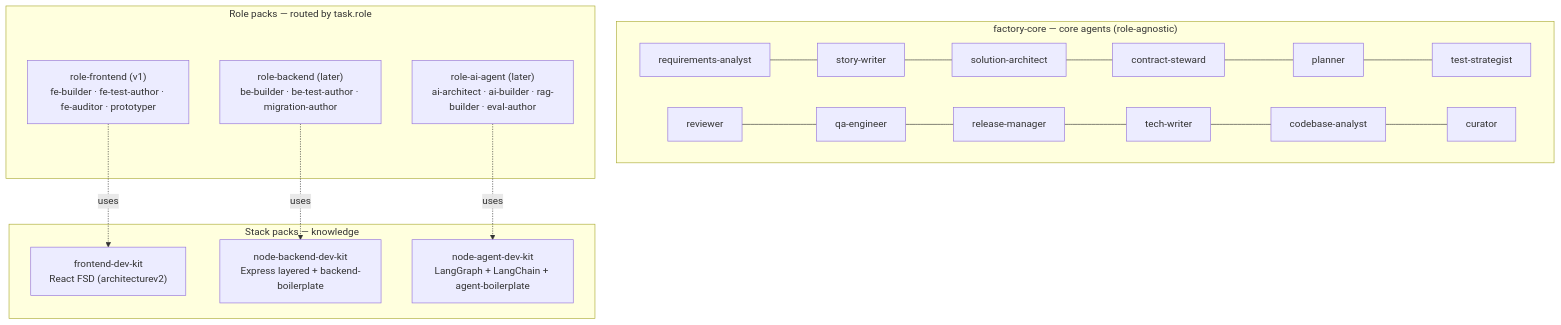
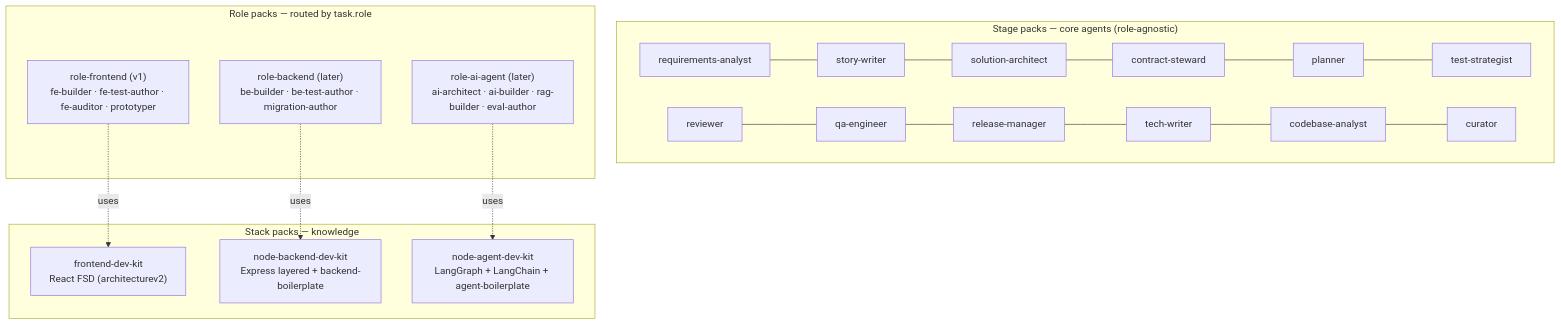
The diagram in Suggestions/05-agents-and-roles.md (Ksarelto/dev-AI-plugins), drawn with Mermaid before and after one commit. The commit also changed other lines of this file and 11 other files, not shown here.

````diff
--- a/Suggestions/05-agents-and-roles.md
+++ b/Suggestions/05-agents-and-roles.md
@@ -13,21 +13,21 @@
 ```mermaid
 flowchart TB
-    subgraph CORE["factory-core — core agents (role-agnostic)"]
+    subgraph CORE["Stage packs — core agents (role-agnostic)"]
         direction LR
         RA[requirements-analyst] --- SW[story-writer] --- AR[solution-architect] --- CS[contract-steward] --- PL[planner] --- TS[test-strategist]
         RV[reviewer] --- QA[qa-engineer] --- RM[release-manager] --- TW[tech-writer] --- CBA[codebase-analyst] --- CUR[curator]
     end
     subgraph RP["Role packs — routed by task.role"]
         FE["role-frontend (v1)<br/>fe-builder · fe-test-author · fe-auditor · prototyper"]
         BE["role-backend (later)<br/>be-builder · be-test-author · migration-author"]
         AI["role-ai-agent (later)<br/>ai-architect · ai-builder · rag-builder · eval-author"]
     end
     subgraph SK["Stack packs — knowledge"]
         S1["frontend-dev-kit<br/>React FSD (architecturev2)"]
         S2["node-backend-dev-kit<br/>Express layered + backend-boilerplate"]
         S3["node-agent-dev-kit<br/>LangGraph + LangChain + agent-boilerplate"]
     end
     FE -.uses.-> S1
     BE -.uses.-> S2
     AI -.uses.-> S3
 ```
````
